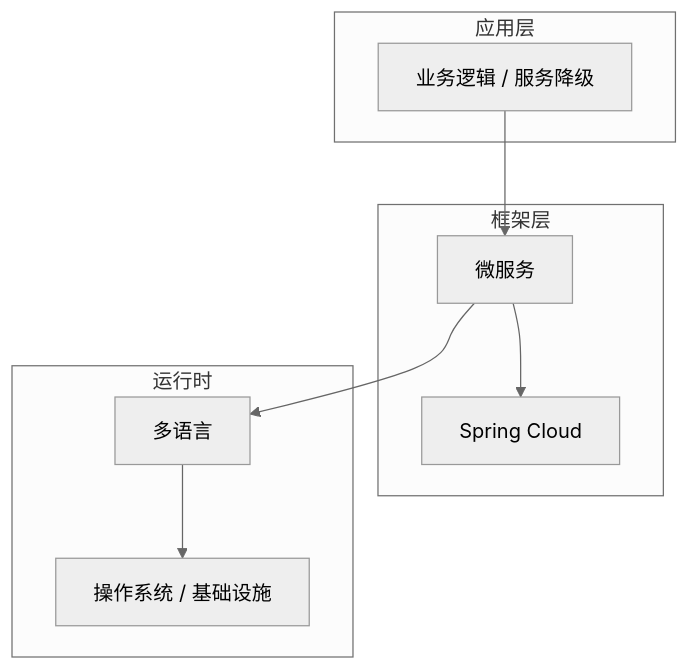
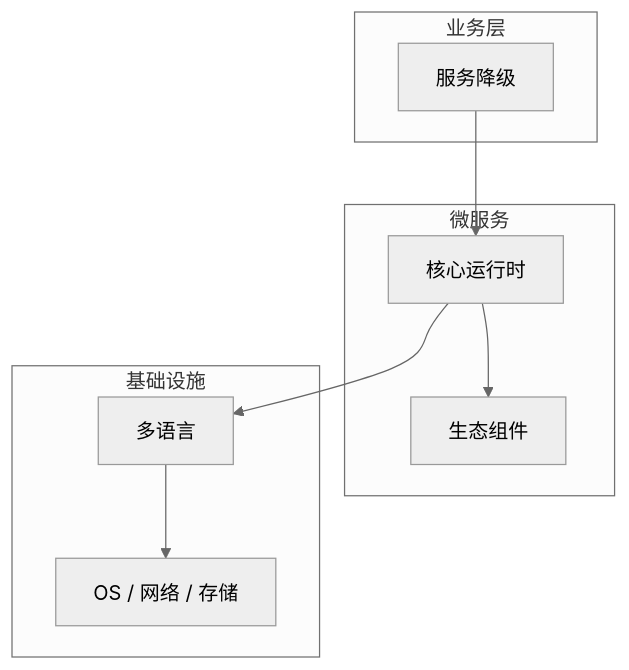
One commit to yanggan2015/knowledge-json-v2 changed the diagram in articles/微服务架构/chapters/051-服务降级核心概念与原理.md. Above: the diagram before and after it, drawn with Mermaid (neutral theme). The commit also changed other lines of this file and 10127 other files, not shown here.

````diff
--- a/articles/微服务架构/chapters/051-服务降级核心概念与原理.md
+++ b/articles/微服务架构/chapters/051-服务降级核心概念与原理.md
@@ -45,18 +34,18 @@
 ```mermaid
 graph TB
-    subgraph 应用层
-        A[业务逻辑 / 服务降级]
+    subgraph 业务层
+        A[服务降级]
     end
-    subgraph 框架层
-        B[微服务]
-        C[Spring Cloud]
+    subgraph 微服务
+        B[核心运行时]
+        C[生态组件]
     end
-    subgraph 运行时
+    subgraph 基础设施
         D[多语言]
-        E[操作系统 / 基础设施]
+        E[OS / 网络 / 存储]
     end
     A --> B
     B --> C
     B --> D
     D --> E
 ```
````
